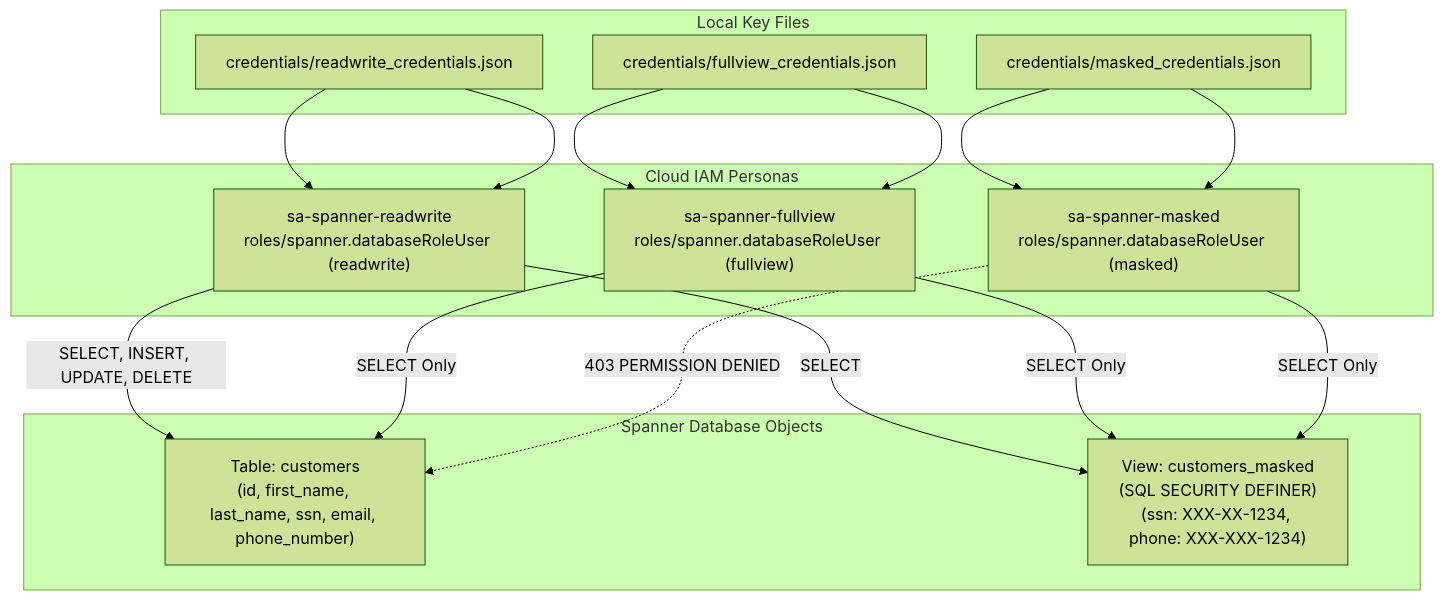
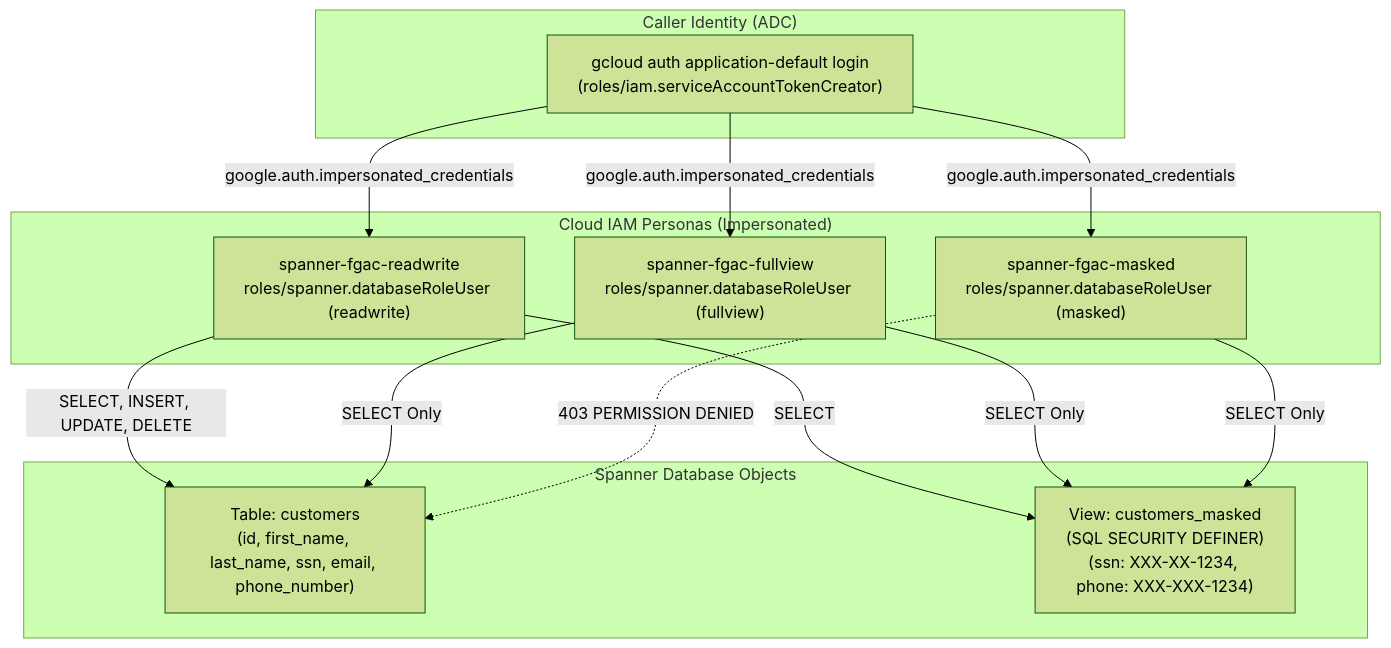
One commit to maguec/SpannerFGAC changed the diagram in README.md. Above: the diagram before and after it, drawn with Mermaid (forest theme). The commit also changed other lines of this file and 9 other files, not shown here.

````diff
--- a/README.md
+++ b/README.md
@@ -9,28 +9,30 @@
 ```mermaid
 graph TD
-    subgraph "Local Key Files"
-        K1["credentials/readwrite_credentials.json"]
-        K2["credentials/fullview_credentials.json"]
-        K3["credentials/masked_credentials.json"]
+    subgraph "Caller Identity (ADC)"
+        U["gcloud auth application-default login<br/>(roles/iam.serviceAccountTokenCreator)"]
     end
 
-    subgraph "Cloud IAM Personas"
-        SA1["sa-spanner-readwrite<br/>roles/spanner.databaseRoleUser (readwrite)"]
-        SA2["sa-spanner-fullview<br/>roles/spanner.databaseRoleUser (fullview)"]
-        SA3["sa-spanner-masked<br/>roles/spanner.databaseRoleUser (masked)"]
+    subgraph "Cloud IAM Personas (Impersonated)"
+        SA1["spanner-fgac-readwrite<br/>roles/spanner.databaseRoleUser (readwrite)"]
+        SA2["spanner-fgac-fullview<br/>roles/spanner.databaseRoleUser (fullview)"]
+        SA3["spanner-fgac-masked<br/>roles/spanner.databaseRoleUser (masked)"]
     end
 
     subgraph "Spanner Database Objects"
         T["Table: customers<br/>(id, first_name, last_name, ssn, email, phone_number)"]
         V["View: customers_masked<br/>(SQL SECURITY DEFINER)<br/>(ssn: XXX-XX-1234, phone: XXX-XXX-1234)"]
     end
 
-    K1 --> SA1 -->|SELECT, INSERT, UPDATE, DELETE| T
-    K1 --> SA1 -->|SELECT| V
+    U -->|google.auth.impersonated_credentials| SA1
+    U -->|google.auth.impersonated_credentials| SA2
+    U -->|google.auth.impersonated_credentials| SA3
 
-    K2 --> SA2 -->|SELECT Only| T
-    K2 --> SA2 -->|SELECT Only| V
+    SA1 -->|SELECT, INSERT, UPDATE, DELETE| T
+    SA1 -->|SELECT| V
 
-    K3 --> SA3 -.->|403 PERMISSION DENIED| T
-    K3 --> SA3 -->|SELECT Only| V
+    SA2 -->|SELECT Only| T
+    SA2 -->|SELECT Only| V
+
+    SA3 -.->|403 PERMISSION DENIED| T
+    SA3 -->|SELECT Only| V
 ```
````
